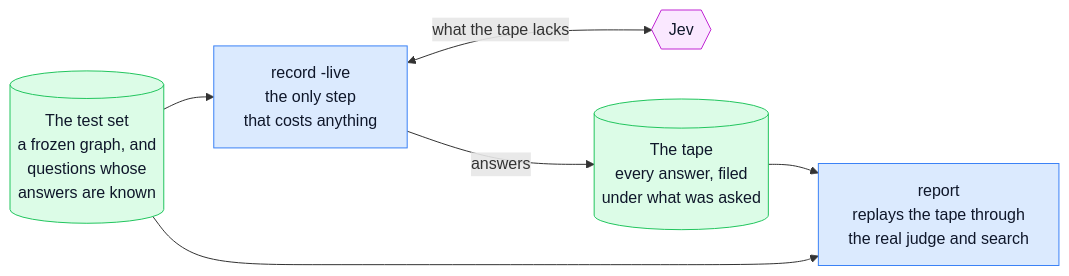
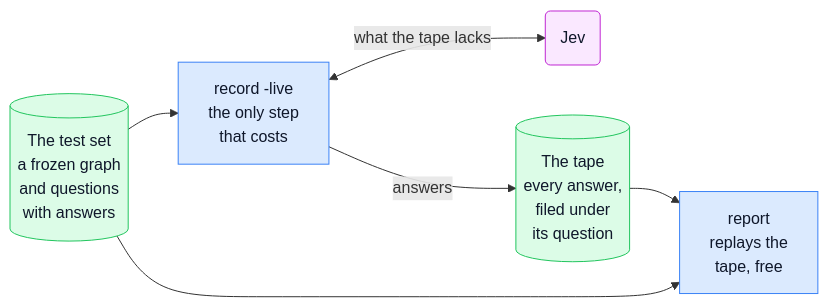
One commit to umran/grafsol changed the seventh of 7 diagrams in README.md. Above: the diagram before and after it, drawn with Mermaid. The commit also changed other lines of this file, not shown here.

First line of the commit message:
Fit the README's diagrams to GitHub's Mermaid renderer

````diff
--- a/README.md
+++ b/README.md
@@ -407,18 +412,18 @@
 ```mermaid
 flowchart LR
-    set[("The test set<br/>a frozen graph, and<br/>questions whose<br/>answers are known")]:::data
-    record["record -live<br/>the only step<br/>that costs anything"]:::code
-    jev{{"Jev"}}:::paid
-    tape[("The tape<br/>every answer, filed<br/>under what was asked")]:::data
-    report["report<br/>replays the tape through<br/>the real judge and search"]:::code
+    set[("The test set<br/>a frozen graph<br/>and questions<br/>with answers")]:::data
+    record["record -live<br/>the only step<br/>that costs"]:::code
+    jev("Jev"):::paid
+    tape[("The tape<br/>every answer,<br/>filed under<br/>its question")]:::data
+    report["report<br/>replays the<br/>tape, free"]:::code
 
     set --> record
     record <-- "what the tape lacks" --> jev
     record -- "answers" --> tape
     set --> report
     tape --> report
 
     classDef code fill:#dbeafe,stroke:#3b82f6,color:#0f172a
     classDef data fill:#dcfce7,stroke:#22c55e,color:#0f172a
     classDef paid fill:#fae8ff,stroke:#c026d3,color:#0f172a
 ```
````
